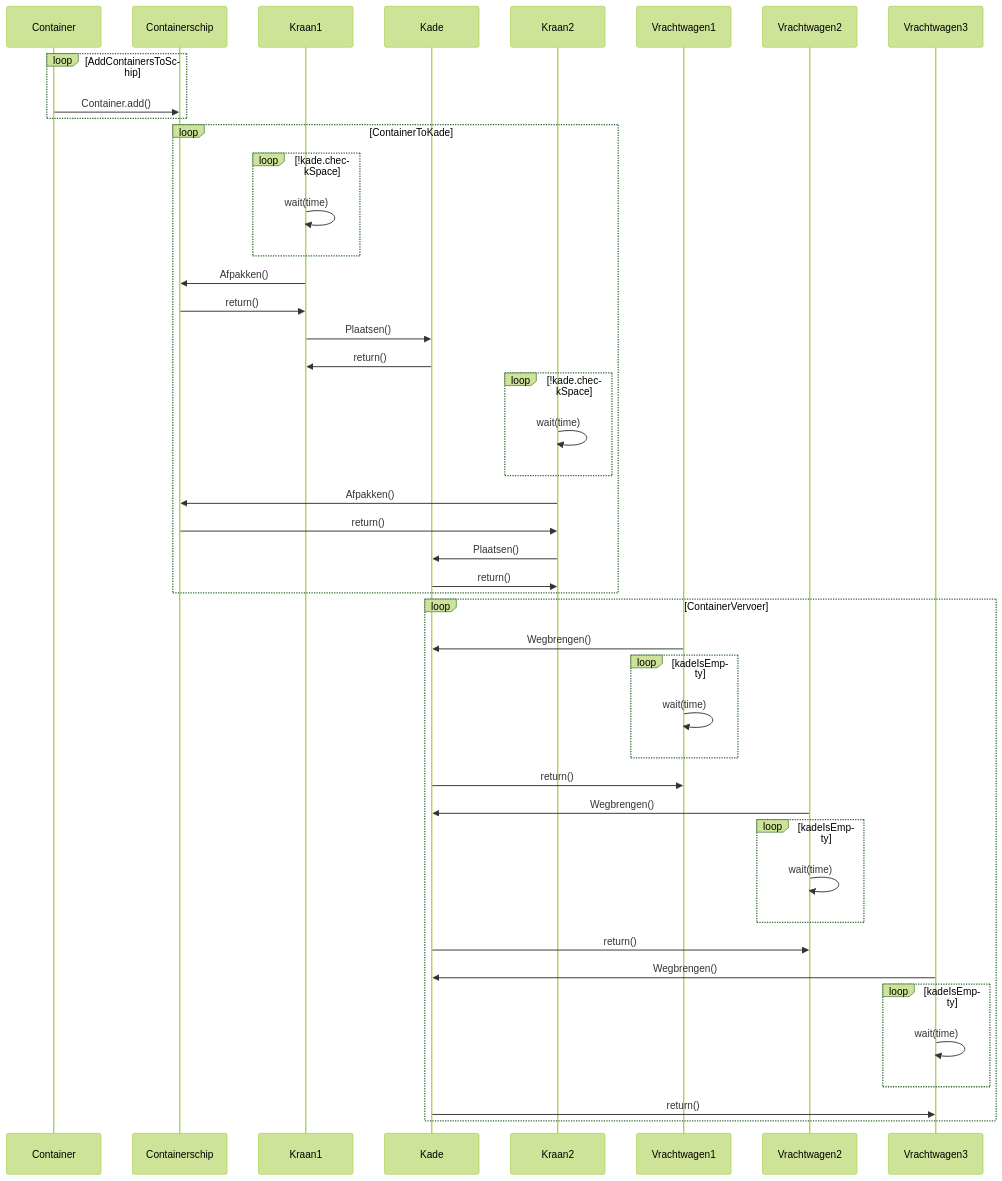
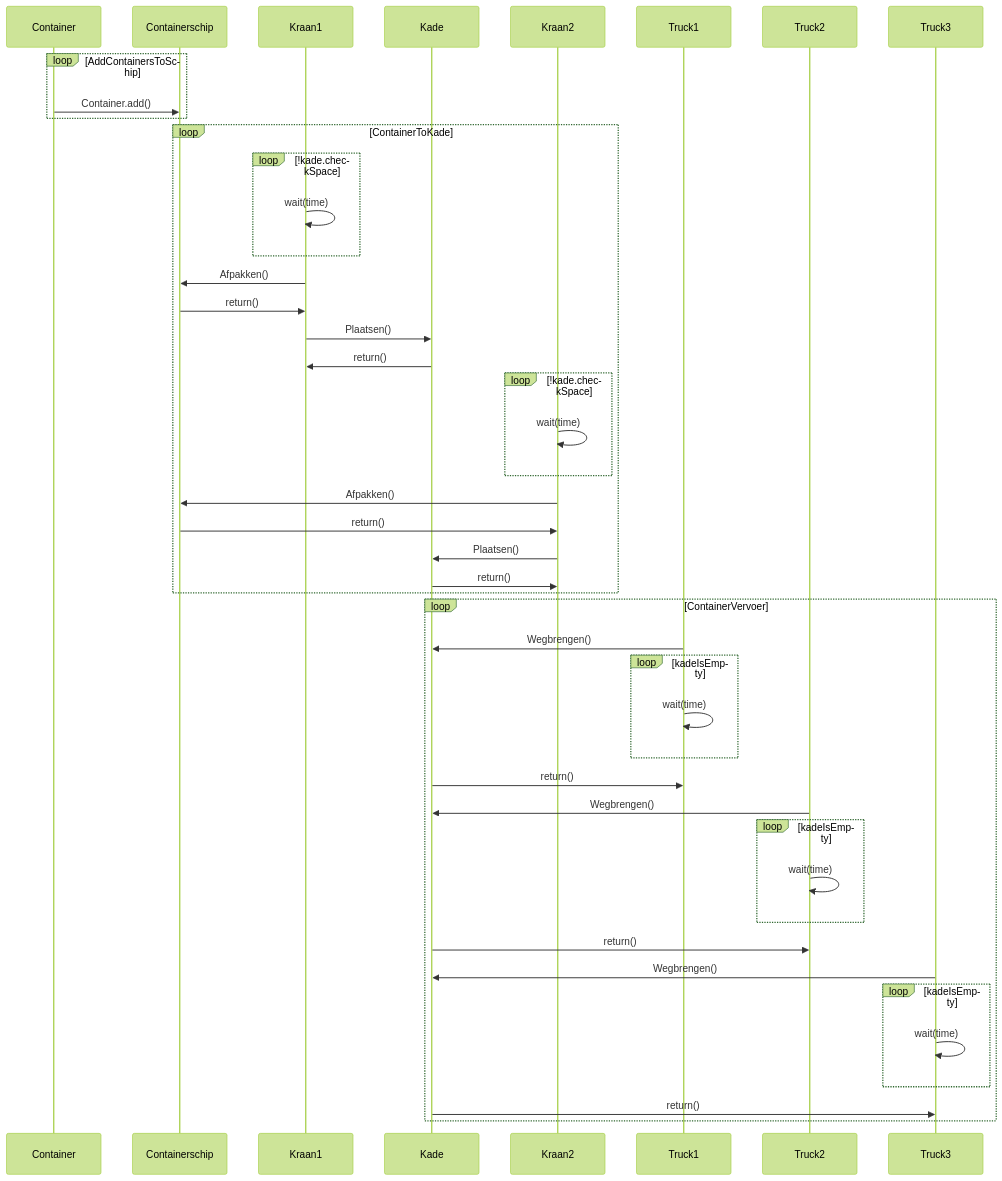
The first of 2 diagrams in ShipQuay/README.md (RockFreakRickerd/SameCodeDifferentLanguagues), drawn with Mermaid (forest theme) before and after one commit. The commit also changed other lines of this file, not shown here.

````diff
--- a/ShipQuay/README.md
+++ b/ShipQuay/README.md
@@ -5,39 +5,39 @@
 ```mermaid
 sequenceDiagram
 loop AddContainersToSchip
   Container->>Containerschip: Container.add()
 end
 loop ContainerToKade
   loop !kade.checkSpace
     Kraan1->>Kraan1: wait(time)
   end
   Kraan1->>Containerschip: Afpakken()
   Containerschip->>Kraan1: return()
   Kraan1->>Kade: Plaatsen()
   Kade->>Kraan1: return()
   loop !kade.checkSpace
     Kraan2->>Kraan2: wait(time)
   end
   Kraan2->>Containerschip: Afpakken()
   Containerschip->>Kraan2: return()
   Kraan2->>Kade: Plaatsen()
   Kade->>Kraan2: return()
 end
 loop ContainerVervoer
-  Vrachtwagen1->>Kade: Wegbrengen()
+  Truck1->>Kade: Wegbrengen()
   loop kadeIsEmpty
-    Vrachtwagen1->>Vrachtwagen1: wait(time)
+    Truck1->>Truck1: wait(time)
   end
-  Kade->>Vrachtwagen1: return()
-  Vrachtwagen2->>Kade: Wegbrengen()
+  Kade->>Truck1: return()
+  Truck2->>Kade: Wegbrengen()
   loop kadeIsEmpty
-    Vrachtwagen2->>Vrachtwagen2: wait(time)
+    Truck2->>Truck2: wait(time)
   end
-  Kade->>Vrachtwagen2: return()
-  Vrachtwagen3->>Kade: Wegbrengen()
+  Kade->>Truck2: return()
+  Truck3->>Kade: Wegbrengen()
   loop kadeIsEmpty
-    Vrachtwagen3->>Vrachtwagen3: wait(time)
+    Truck3->>Truck3: wait(time)
   end
-  Kade->>Vrachtwagen3: return()
+  Kade->>Truck3: return()
 end
 ```
````
